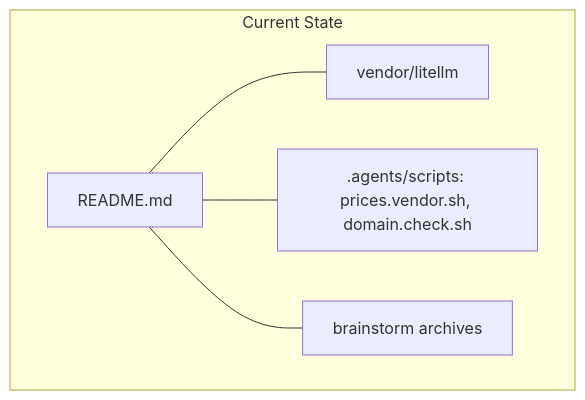
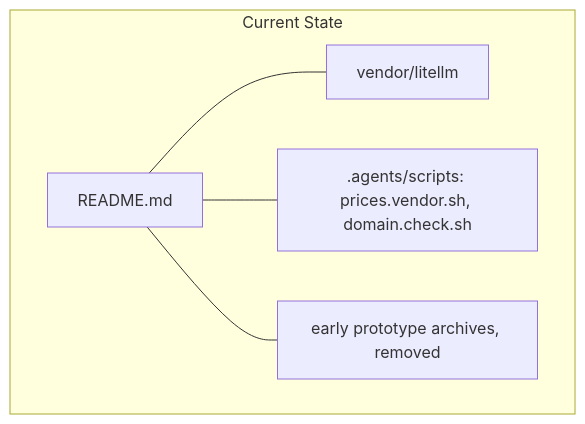
One commit to desek/agentloupe changed the first of 4 diagrams in docs/cr/CR-0001-project-foundation.md. Above: the diagram before and after it, drawn with Mermaid. The commit also changed other lines of this file and 4 other files, not shown here.

Commit message:
checkpoint(CR-0029): records describe the removed archives as an early prototype archive

````diff
--- a/docs/cr/CR-0001-project-foundation.md
+++ b/docs/cr/CR-0001-project-foundation.md
@@ -46,8 +46,8 @@
 ```mermaid
 flowchart TD
     subgraph Current["Current State"]
         R[README.md] --- V[vendor/litellm]
         R --- S[.agents/scripts: prices.vendor.sh, domain.check.sh]
-        R --- B[brainstorm archives]
+        R --- B["early prototype archives, removed"]
     end
 ```
````
